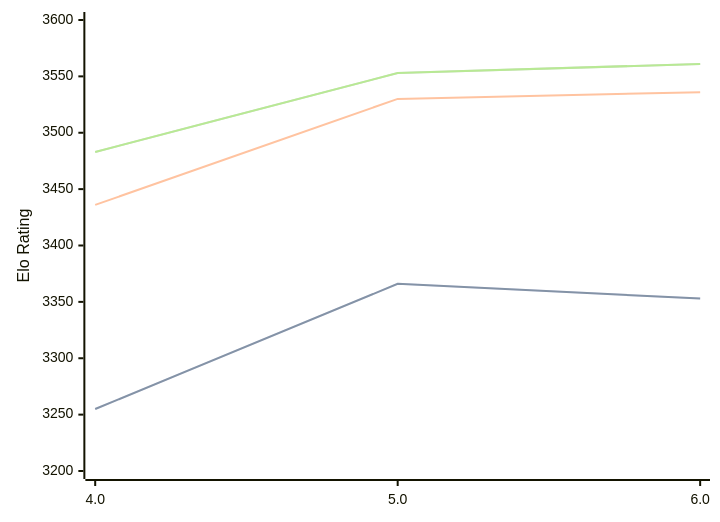
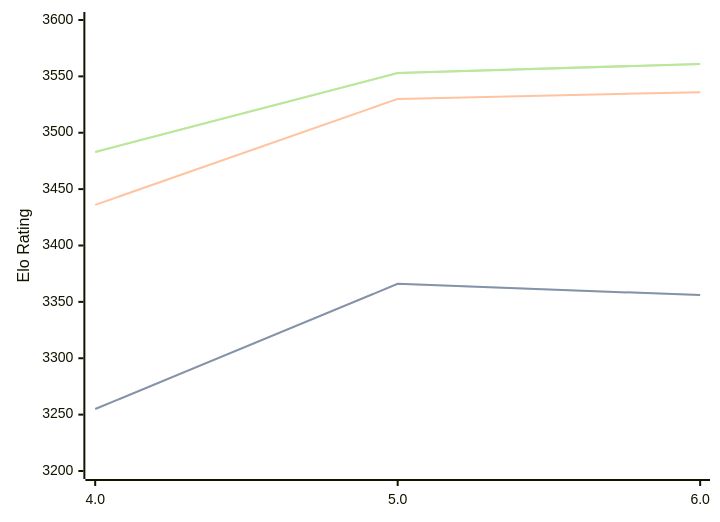
One commit to computer-chess-index/cci changed the diagram in engines/Tarnished.md. Above: the diagram before and after it, drawn with Mermaid. The commit also changed other lines of this file, not shown here.

````diff
--- a/engines/Tarnished.md
+++ b/engines/Tarnished.md
@@ -33,11 +33,11 @@
 ```mermaid
 %%{init: {"theme":"base","themeVariables":{"seriesColors:['#a3a3a3','#222221','#faa371']}}}%%
 xychart-beta
   x-axis ["4.0", "5.0", "6.0"]
   y-axis "Elo Rating" 3200 --> 3600
-  line "" [3255, 3366, 3353]
-  line "STC (8.0+0.08s)" [3255, 3366, 3353]
+  line "" [3255, 3366, 3356]
+  line "STC (8.0+0.08s)" [3255, 3366, 3356]
   line "LTC (60.0+0.60s)" [3436, 3530, 3536]
   line "" [3483, 3553, 3561]
   line "VLTC (2m24s+1.12s)" [3483, 3553, 3561]
 ```
````
